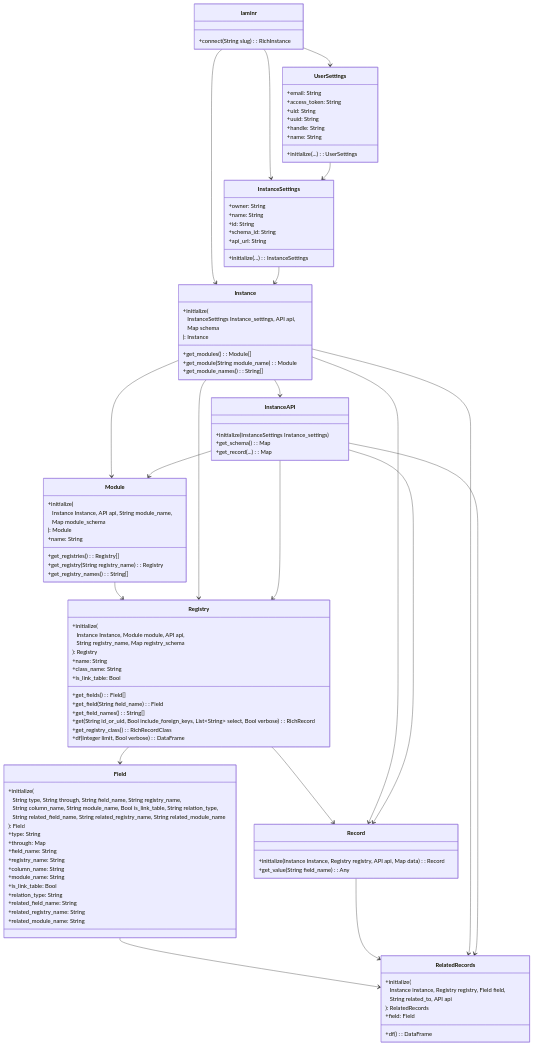
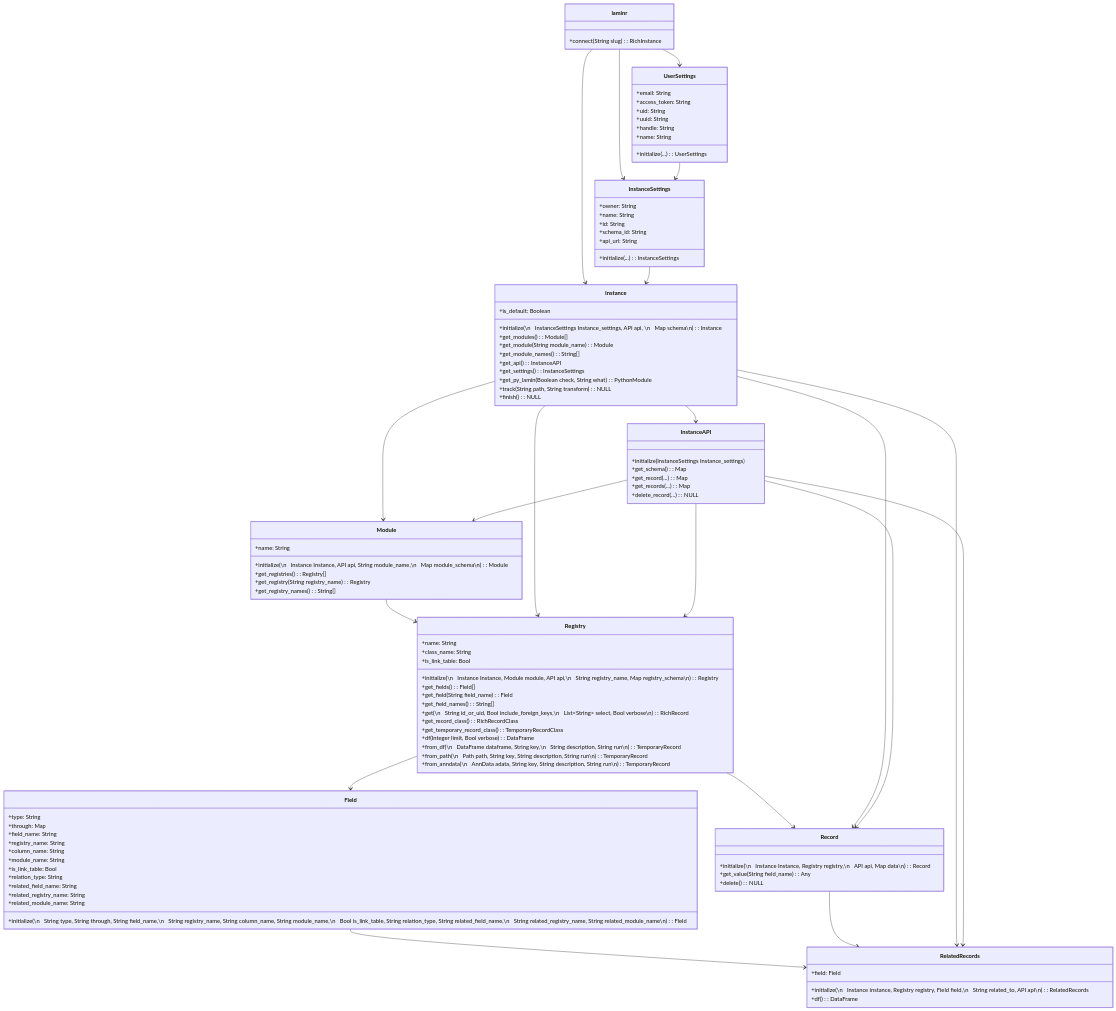
Before and after one commit to cran/laminr: the first of 2 diagrams in inst/doc/architecture.qmd, drawn with Mermaid. The commit also changed other lines of this file and 32 other files, not shown here.

```diff
--- a/inst/doc/architecture.qmd
+++ b/inst/doc/architecture.qmd
@@ -129,7 +127,9 @@
     Instance --> RelatedRecords
     InstanceAPI --> RelatedRecords
     
-    %% Use #emsp; to create indents in the rendered diagram when necessary
+    %% Methods must be on one line to be shown in the right diagram section
+    %% Use \n for newlines and #emsp; to create indents in the rendered
+    %% diagram when necessary
     
     class laminr{
         +connect(String slug): RichInstance
@@ -152,50 +152,49 @@
         +api_url: String
     }
     class Instance{
-        +initialize(
-          #emsp;InstanceSettings Instance_settings, API api,
-          #emsp;Map<String, any> schema
-        ): Instance
+        +initialize(\n#emsp;InstanceSettings Instance_settings, API api, \n#emsp;Map<String, any> schema\n): Instance
         +get_modules(): Module[]
         +get_module(String module_name): Module
         +get_module_names(): String[]
+        +get_api(): InstanceAPI
+        +get_settings(): InstanceSettings
+        +get_py_lamin(Boolean check, String what): PythonModule
+        +track(String path, String transform): NULL
+        +finish(): NULL
+        +is_default: Boolean
     }
     class InstanceAPI{
         +initialize(InstanceSettings Instance_settings)
         +get_schema(): Map<String, Any>
         +get_record(...): Map<String, Any>
+        +get_records(...): Map<String, Any>
+        +delete_record(...): NULL
     }
     class Module{
-        +initialize(
-          #emsp;Instance Instance, API api, String module_name,
-          #emsp;Map<String, any> module_schema
-        ): Module
+        +initialize(\n#emsp;Instance Instance, API api, String module_name,\n#emsp;Map<String, any> module_schema\n): Module
         +name: String
         +get_registries(): Registry[]
         +get_registry(String registry_name): Registry
         +get_registry_names(): String[]
     }
     class Registry{
-        +initialize(
-          #emsp;Instance Instance, Module module, API api,
-          #emsp;String registry_name, Map<String, Any> registry_schema
-        ): Registry
+        +initialize(\n#emsp;Instance Instance, Module module, API api,\n#emsp;String registry_name, Map<String, Any> registry_schema\n): Registry
         +name: String
         +class_name: String
         +is_link_table: Bool
         +get_fields(): Field[]
         +get_field(String field_name): Field
         +get_field_names(): String[]
-        +get(String id_or_uid, Bool include_foreign_keys, List~String~ select, Bool verbose): RichRecord
-        +get_registry_class(): RichRecordClass
+        +get(\n#emsp;String id_or_uid, Bool include_foreign_keys,\n#emsp;List~String~ select, Bool verbose\n): RichRecord
+        +get_record_class(): RichRecordClass
+        +get_temporary_record_class(): TemporaryRecordClass
         +df(Integer limit, Bool verbose): DataFrame
+        +from_df(\n#emsp;DataFrame dataframe, String key,\n#emsp;String description, String run\n): TemporaryRecord
+        +from_path(\n#emsp;Path path, String key, String description, String run\n): TemporaryRecord
+        +from_anndata(\n#emsp;AnnData adata, String key, String description, String run\n): TemporaryRecord
     }
     class Field{
-        +initialize(
-          #emsp;String type, String through, String field_name, String registry_name,
-          #emsp;String column_name, String module_name, Bool is_link_table, String relation_type,
-          #emsp;String related_field_name, String related_registry_name, String related_module_name
-        ): Field
+        +initialize(\n#emsp;String type, String through, String field_name,\n#emsp;String registry_name, String column_name, String module_name,\n#emsp;Bool is_link_table, String relation_type, String related_field_name,\n#emsp;String related_registry_name, String related_module_name\n): Field
         +type: String
         +through: Map
         +field_name: String
@@ -209,14 +208,12 @@
         +related_module_name: String
     }
     class Record{
-        +initialize(Instance Instance, Registry registry, API api, Map<String, Any> data): Record
+        +initialize(\n#emsp;Instance Instance, Registry registry,\n#emsp;API api, Map<String, Any> data\n): Record
         +get_value(String field_name): Any
+        +delete(): NULL
     }
     class RelatedRecords{
-        +initialize(
-          #emsp;Instance instance, Registry registry, Field field,
-          #emsp;String related_to, API api
-        ): RelatedRecords
+        +initialize(\n#emsp;Instance instance, Registry registry, Field field,\n#emsp;String related_to, API api\n): RelatedRecords
         +df(): DataFrame
         +field: Field
     }
```
